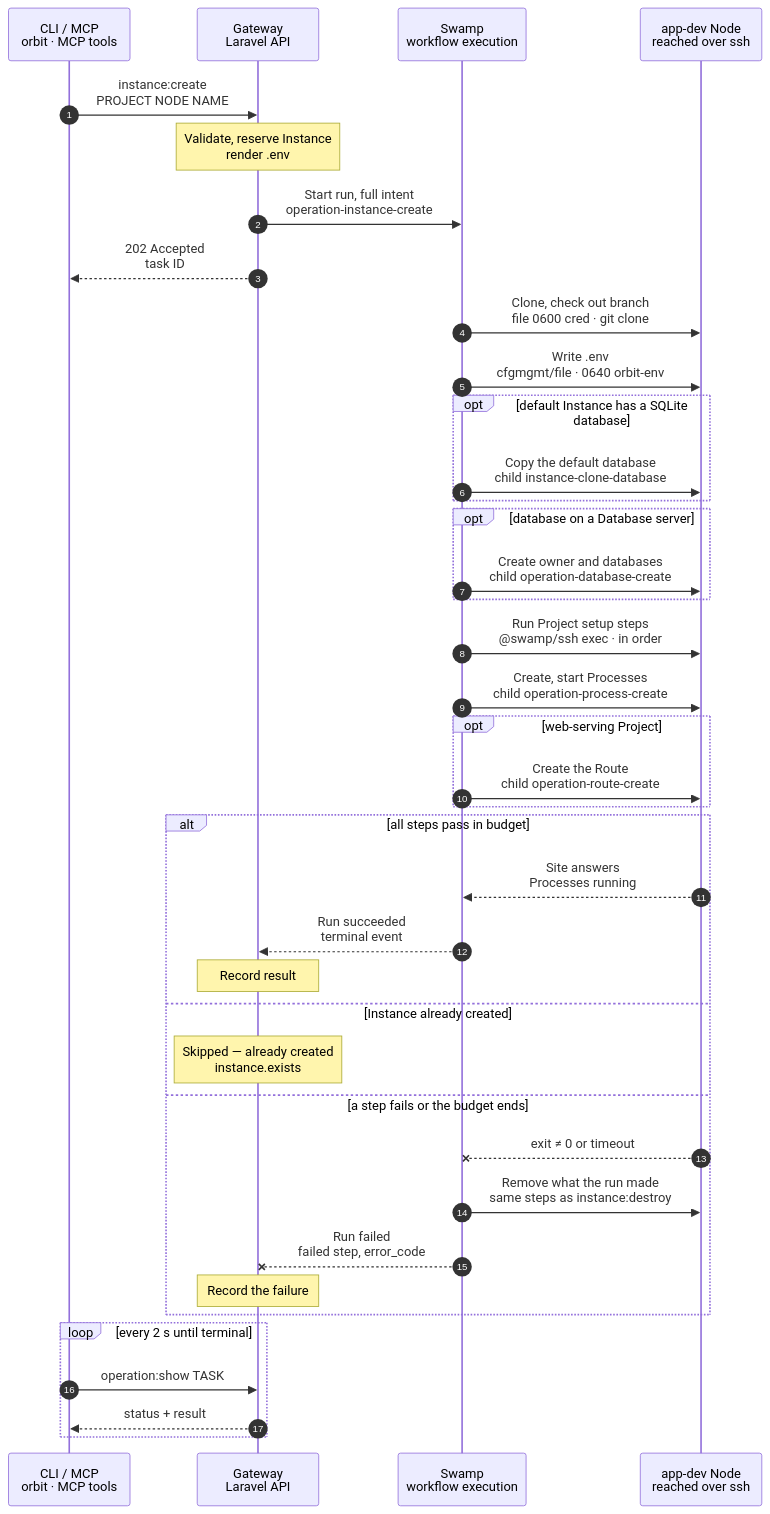
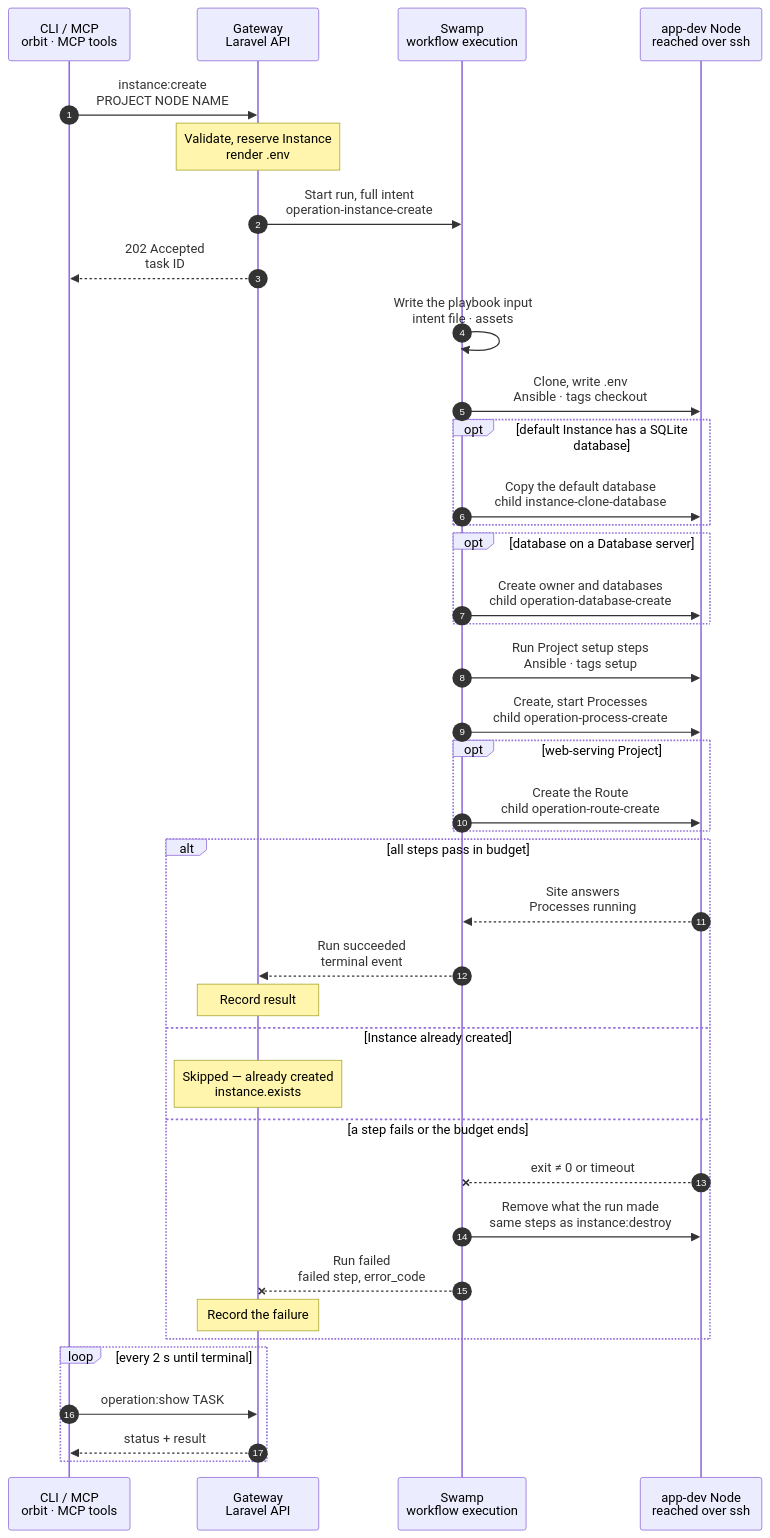
One commit to hardimpactdev/orbit changed the diagram in docs/cli/instance/create.mmd. Above: the diagram before and after it, drawn with Mermaid. The commit also changed 13 other files, not shown here.

First line of the commit message:
instance.create: checkout, .env and setup as two Ansible phases (#2990)

```diff
--- a/docs/cli/instance/create.mmd
+++ b/docs/cli/instance/create.mmd
@@ -1,123 +1,130 @@
 sequenceDiagram
   %% Target design: ADR 0244 task + full intent as inputs, token minted at admission (vault.get), Gateway renders .env from the Project env template, run budget per swamp-operation-time-budgets.
-  %% Tightened: flow-tighten, rules 1-28 (rule 22: cfgmgmt file, 0600 credential file for the private fetch).
-  %% status: reviewed
+  %% Tightened: flow-tighten, rules 1-28 (rule 22: Ansible phases, 0600 credential file for the private fetch).
+  %% Decided by the orchestrator, for Nick's review (2026-11-06): the Node work is two Ansible phases, `checkout` (clone, check out, write .env) and `setup`, behind one input step. Measured on Node 209: every placed Swamp step costs about 1.1 s of dispatch before it does any work, and the old flow ran 8 steps for the checkout and one per setup step.
+  %% status: draft
   %% command: instance:create
   %% kind: instance.create
   autonumber
   %% lane CLI icon=terminal pill=caller tone=gray
   %% lane GW icon=gateway pill=intent tone=blue
   %% lane SW icon=workflow pill=executes tone=green
   %% lane N icon=server pill=target tone=amber
   participant CLI as CLI / MCP<br/>orbit · MCP tools
   participant GW as Gateway<br/>Laravel API
   participant SW as Swamp<br/>workflow execution
   participant N as app-dev Node<br/>reached over ssh
   CLI->>GW: instance:create<br/>PROJECT NODE NAME
   %%> Command:
   %%> - `orbit instance:create PROJECT NODE NAME`
   %%> - syntax: `<project> <node> <name> [--root=PATH] [--domain=HOST] [--branch=BRANCH] [--database-server=SLUG]`
   %%> Input:
   %%> - the Project, the Node, and the Instance name
   %%> - a name equal to the Project's default branch creates the `default` Instance
   %%> Who can call it:
   %%> - the `orbit` CLI and the MCP tool send the same request
   Note over GW: Validate, reserve Instance<br/>render .env
   %%> Requirements:
   %%> - the calling Node has an access grant to the target Node
   %%> - the target is an active `app-dev` Node and not a task VM; a production Node is refused (`instance.candidate_required`)
   %%> - the checkout path is free, and no other change runs on the Instance; the Gateway holds one lock per Instance
   %%> Allowed:
   %%> - repeat the command for an Instance that failed or never finished: it resumes (see the failure branch)
   %%> Result:
   %%> - the Instance is reserved, with its Route when the Project serves web pages
   %%> - `.env` is rendered here from the Project's env template: `APP_URL`, a new `APP_KEY` and the database keys
   %%> - a read token for this one repository is minted, valid one hour
   %%> - a task is recorded with the full intent; nothing has happened on the Node yet
   GW->>SW: Start run, full intent<br/>operation-instance-create
   %%> Why the vault:
   %%> - the token and `.env` reach the run only through the vault; no step calls the Gateway back
   %%> Budget:
   %%> - 60 s, plus the Project's setup step timeouts, plus 30 s for the Processes, plus 180 s each for the Route and for a database copy; fixed at admission
   GW-->>CLI: 202 Accepted<br/>task ID
   %%> What you get:
   %%> - the task ID, at once
   %%> Next:
   %%> - the CLI follows the task with `operation:show`
-  SW->>N: Clone, check out branch<br/>file 0600 cred · git clone
+  SW->>SW: Write the playbook input<br/>intent file · assets
+  %%> Why one input step:
+  %%> - the intent is too large for an environment variable, and the same file serves both phases
+  SW->>N: Clone, write .env<br/>Ansible · tags checkout
+  %%> Why one phase:
+  %%> - one placed step and one Ansible start cover every task of it
   %%> Why the file:
-  %%> - git reads the token from it, so the token never enters argv; the file is removed after the clone, success or failure
+  %%> - git reads the token from a 0600 file, so the token never enters argv; the file is removed after the fetch, success or failure
   %%> Branch:
   %%> - the requested origin branch, else the existing local branch, else a new branch from the default branch
-  SW->>N: Write .env<br/>cfgmgmt/file · 0640 orbit-env
   %%> Why 0640 orbit-env:
   %%> - the Node agent can report the key names and never the values
   %%> - `.env.testing` is written the same way, only for an owned MySQL or PostgreSQL database
   opt default Instance has a SQLite database
     SW->>N: Copy the default database<br/>child instance-clone-database
     %%> Why before setup:
     %%> - the copy lands first, so the setup steps migrate a copy, not an empty file
   end
   opt database on a Database server
     SW->>N: Create owner and databases<br/>child operation-database-create
     %%> When:
     %%> - `--database-server` is given, or the default Instance's database is MySQL on a server; that dump is then copied in
   end
-  SW->>N: Run Project setup steps<br/>@swamp/ssh exec · in order
+  SW->>N: Run Project setup steps<br/>Ansible · tags setup
   %%> As whom:
   %%> - the steps run as the Node's configured user, one after another; the first failure stops the run
+  %%> When:
+  %%> - a Project without setup steps runs no setup phase
   SW->>N: Create, start Processes<br/>child operation-process-create
   %%> Why after setup:
   %%> - Processes need the installed dependencies
   opt web-serving Project
     SW->>N: Create the Route<br/>child operation-route-create
     %%> What it adds:
     %%> - the same steps as `route:create`, then a TLS probe of the site
     %%> Why it marks the Instance awake:
     %%> - so the first request reaches the app, not the wake page; only when this run starts every Process
   end
   alt all steps pass in budget
     N-->>SW: Site answers<br/>Processes running
     SW-->>GW: Run succeeded<br/>terminal event
     %%> How the Gateway learns it:
     %%> - its shared run reader sees the terminal event; Swamp never calls the Gateway
     Note over GW: Record result
     %%> Result:
     %%> - the Instance and its Route become active
     %%> - a successful create means every setup step succeeded; an empty list counts as success
   else Instance already created
     Note over GW: Skipped — already created<br/>instance.exists
     %%> Result:
     %%> - the Instance is active and its first setup finished, so no step runs
     %%> - the skip reason is part of the successful result in human and machine output, not an error
   else a step fails or the budget ends
     N--xSW: exit ≠ 0 or timeout
     %%> When:
     %%> - a command exits non-zero, a Process or the site does not come up, or the budget ends
     SW->>N: Remove what the run made<br/>same steps as instance:destroy
     %%> What it does:
     %%> - withdraws the Route, runs the Project teardown steps, then removes the Processes, the database the run created and the checkout
     %%> - removes only what this run made; other Instances, the Database server and the default Instance's database stay
     %%> Why remove:
     %%> - the failed step and its output are in the task, so nothing on the Node is needed to see what failed
     SW--xGW: Run failed<br/>failed step, error_code
     %%> The Gateway reads:
     %%> - which step failed and its error code; a missing setup command is `instance.setup_step_unavailable`, any other setup failure `instance.setup_step_failed`
     %%> - the original error code is kept, whether or not cleanup finished
     Note over GW: Record the failure
     %%> Result:
     %%> - the task fails with the failed step; when cleanup finished, the Instance and its Route no longer exist
     %%> If cleanup did not finish:
     %%> - the Instance stays marked failed with `cleanup = incomplete`; the incomplete cleanup stays visible, and a crash is never taken as proof that cleanup ran
     %%> Retry:
     %%> - run the same command again: it finishes an incomplete cleanup first, then creates; a changed `--root` or `--branch` is refused until then (`instance.placement_conflict`)
     %%> - `instance:destroy` also finishes the cleanup
   end
   loop every 2 s until terminal
     CLI->>GW: operation:show TASK
     %%> What it does:
     %%> - asks for the task's status every 2 seconds until it has ended
     GW-->>CLI: status + result
     %%> Returns:
     %%> - the current status, and the result once the task has ended
   end
```
